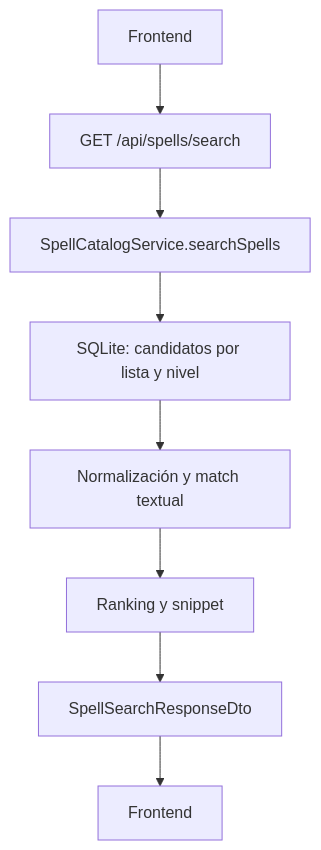
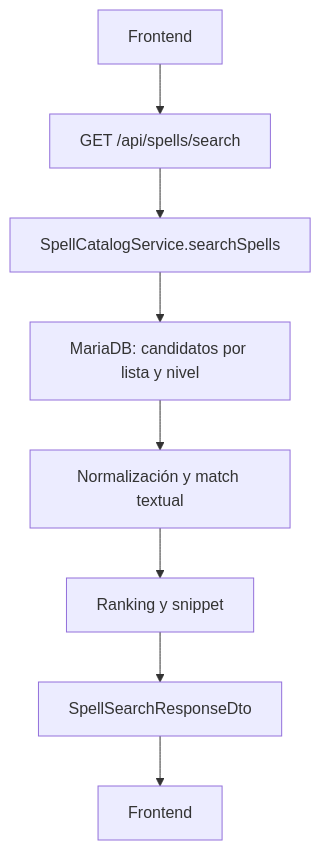
The eighth of 18 diagrams in docs/09-diagramas-flujos-secuencia.md (albertinizao/Grimorio-Pathfinder), drawn with Mermaid before and after one commit. The commit also changed other lines of this file and 52 other files, not shown here.

````diff
--- a/docs/09-diagramas-flujos-secuencia.md
+++ b/docs/09-diagramas-flujos-secuencia.md
@@ -192,10 +192,10 @@
 ```mermaid
 flowchart TD
   A[Frontend] --> B[GET /api/spells/search]
   B --> C[SpellCatalogService.searchSpells]
-  C --> D[SQLite: candidatos por lista y nivel]
+  C --> D[MariaDB: candidatos por lista y nivel]
   D --> E[Normalización y match textual]
   E --> F[Ranking y snippet]
   F --> G[SpellSearchResponseDto]
   G --> H[Frontend]
 ```
````
